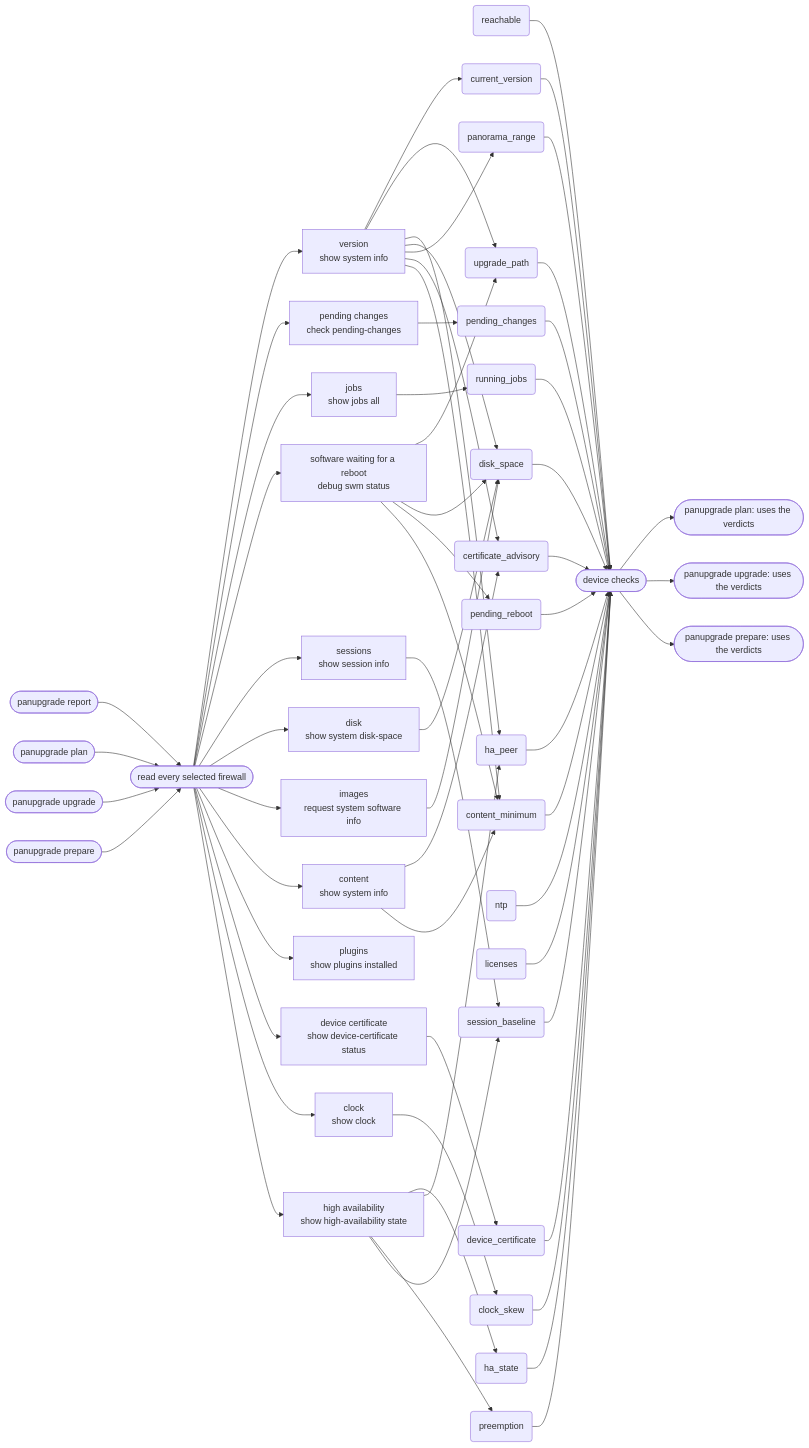
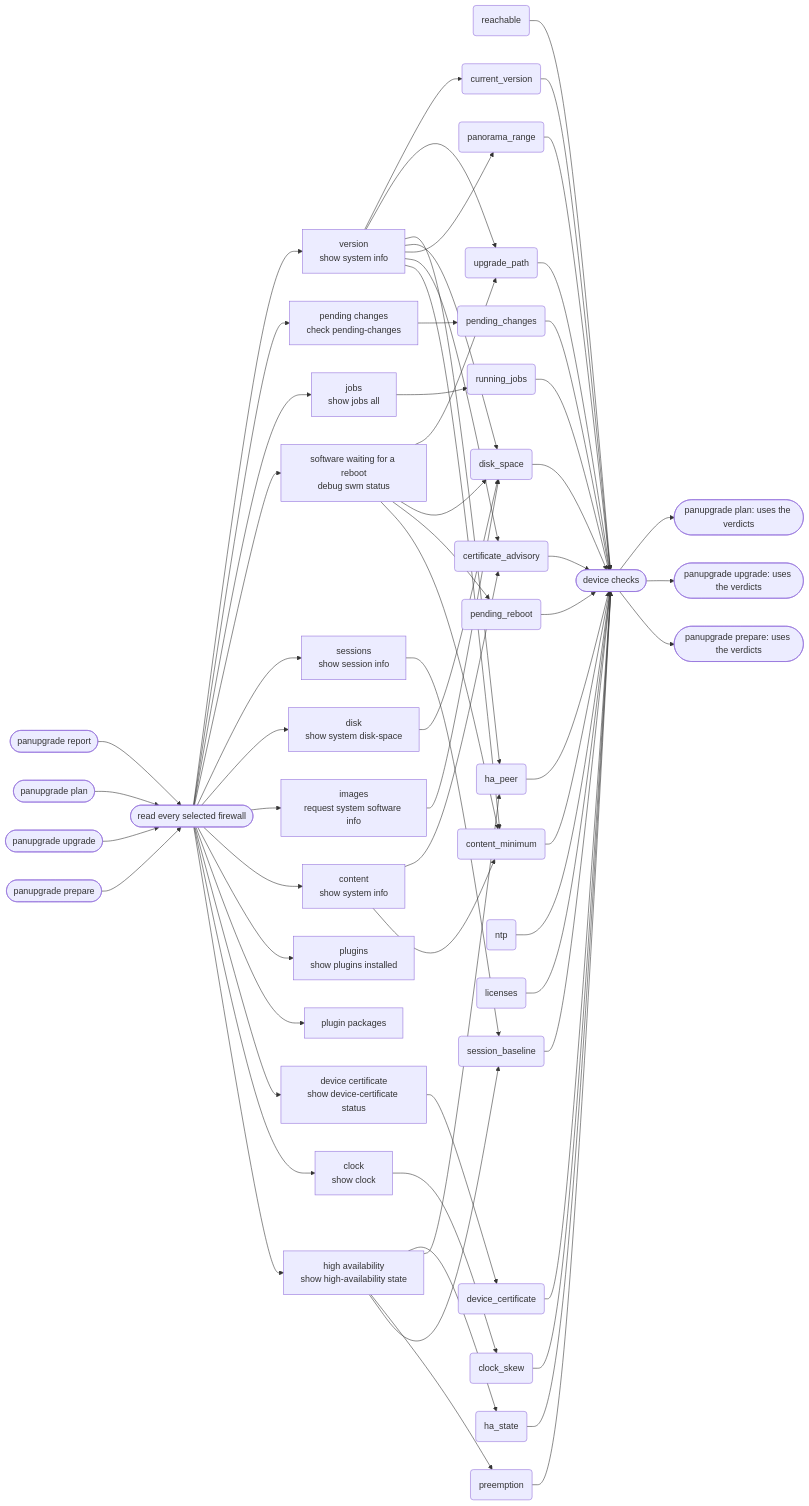
One commit to fettigcj/panUpgrade changed the second of 2 diagrams in docs/flow/checks.md. Above: the diagram before and after it, drawn with Mermaid. The commit also changed other lines of this file and 9 other files, not shown here.

```diff
--- a/docs/flow/checks.md
+++ b/docs/flow/checks.md
@@ -137,6 +138,8 @@
     reads --> q_content
     q_plugins["plugins<br/>show plugins installed"]
     reads --> q_plugins
+    q_plugin_packages["plugin packages<br/>"]
+    reads --> q_plugin_packages
     q_device_certificate["device certificate<br/>show device-certificate status"]
     reads --> q_device_certificate
     q_clock["clock<br/>show clock"]
```
